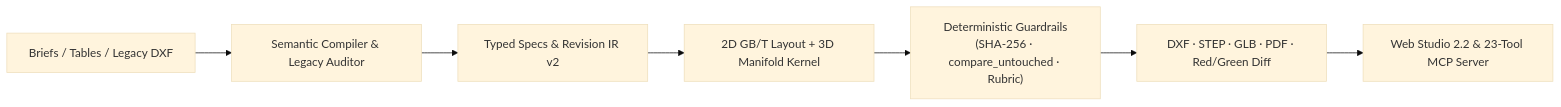
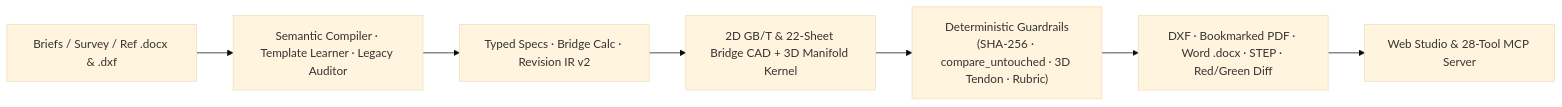
One commit to XiaoGuai23/cad-operations-skill changed the diagram in README.md. Above: the diagram before and after it, drawn with Mermaid (base theme). The commit also changed other lines of this file and 14 other files, not shown here.

Commit message:
docs(showcase): add civil bridge deliverables gallery, studio bridge tab, and UI showcase

````diff
--- a/README.md
+++ b/README.md
@@ -257,9 +344,9 @@
 ```mermaid
 flowchart LR
-    A["Briefs / Tables / Legacy DXF"] --> B["Semantic Compiler & Legacy Auditor"]
-    B --> C["Typed Specs & Revision IR v2"]
-    C --> D["2D GB/T Layout + 3D Manifold Kernel"]
-    D --> E["Deterministic Guardrails\n(SHA-256 · compare_untouched · Rubric)"]
-    E --> F["DXF · STEP · GLB · PDF · Red/Green Diff"]
-    F --> G["Web Studio 2.2 & 23-Tool MCP Server"]
+    A["Briefs / Survey / Ref .docx & .dxf"] --> B["Semantic Compiler · Template Learner · Legacy Auditor"]
+    B --> C["Typed Specs · Bridge Calc · Revision IR v2"]
+    C --> D["2D GB/T & 22-Sheet Bridge CAD + 3D Manifold Kernel"]
+    D --> E["Deterministic Guardrails\n(SHA-256 · compare_untouched · 3D Tendon · Rubric)"]
+    E --> F["DXF · Bookmarked PDF · Word .docx · STEP · Red/Green Diff"]
+    F --> G["Web Studio & 28-Tool MCP Server"]
 ```
````
